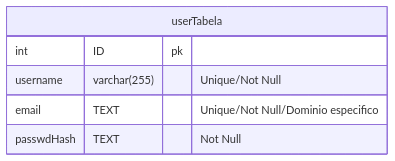
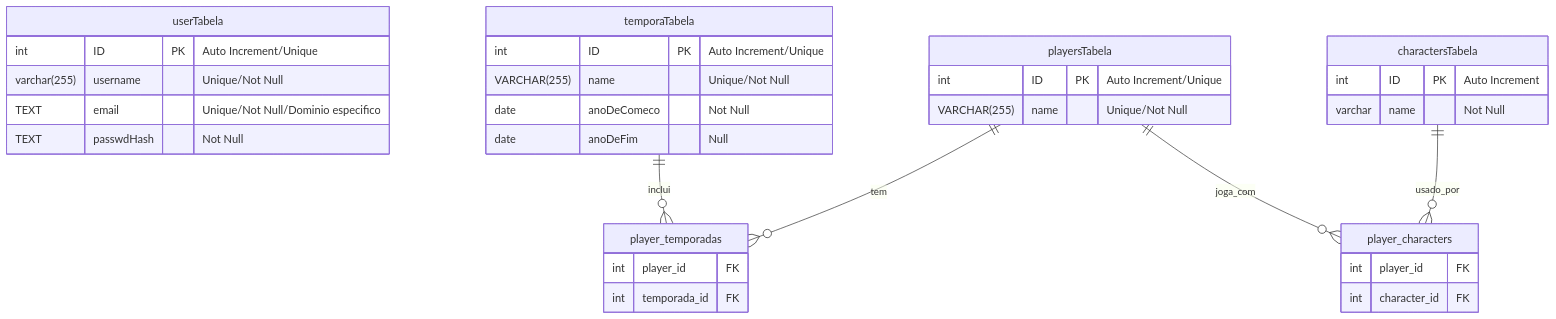
The diagram in documentation/BCD_modelation.md (Eduardo-Nicolete37/OrdoCalamitatis), drawn with Mermaid before and after one commit.

Commit message:
docs: Continuação da modelação do BCD

````diff
--- a/documentation/BCD_modelation.md
+++ b/documentation/BCD_modelation.md
@@ -3,11 +3,40 @@
 ```mermaid
 erDiagram
 
 userTabela {
-    int ID pk
-    username varchar(255) "Unique/Not Null"
-    email TEXT "Unique/Not Null/Dominio especifico"
-    passwdHash TEXT "Not Null"
+    int ID PK "Auto Increment/Unique"
+    varchar(255) username "Unique/Not Null"
+    TEXT email "Unique/Not Null/Dominio especifico"
+    TEXT passwdHash "Not Null"
+}
+
+temporaTabela {
+    int ID PK "Auto Increment/Unique"
+    VARCHAR(255) name "Unique/Not Null"
+    date anoDeComeco "Not Null"
+    date anoDeFim "Null"
+}
+playersTabela {
+    int ID PK "Auto Increment/Unique"
+    VARCHAR(255) name "Unique/Not Null"
+}
+charactersTabela {
+    int ID PK "Auto Increment"
+    varchar name "Not Null"
+}
+player_temporadas {
+    int player_id FK
+    int temporada_id FK
+}
+
+player_characters {
+    int player_id FK
+    int character_id FK
+}
+
+playersTabela ||--o{ player_temporadas : "tem"
+temporaTabela ||--o{ player_temporadas : "inclui"
     
-}
+playersTabela ||--o{ player_characters : "joga_com"
+charactersTabela ||--o{ player_characters : "usado_por"
 ```
````
